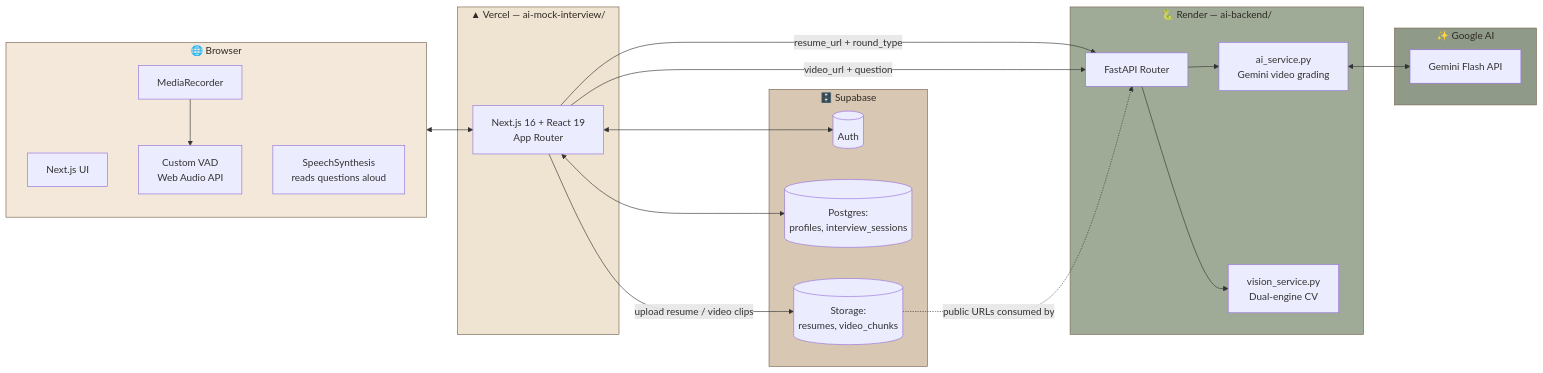
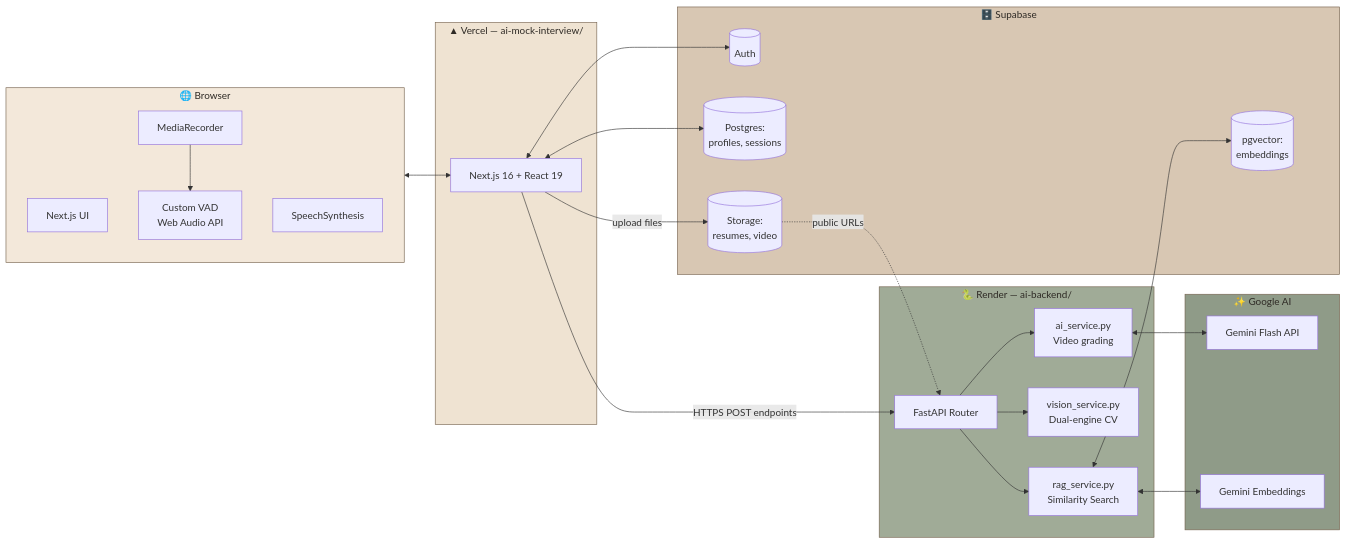
The first of 3 diagrams in README.md (aryanassit/MOCKSTAR), drawn with Mermaid before and after one commit. The commit also changed other lines of this file, not shown here.

First line of the commit message:
Enhance README with RAG Chat Bot

````diff
--- a/README.md
+++ b/README.md
@@ -83,48 +85,53 @@
 ```mermaid
 flowchart LR
     subgraph Client["🌐 Browser"]
         direction TB
         UI[Next.js UI]
         MR[MediaRecorder]
         VAD[Custom VAD<br/>Web Audio API]
-        TTS[SpeechSynthesis<br/>reads questions aloud]
+        TTS[SpeechSynthesis]
     end
 
     subgraph Vercel["▲ Vercel — ai-mock-interview/"]
-        FE[Next.js 16 + React 19<br/>App Router]
+        FE[Next.js 16 + React 19]
     end
 
     subgraph Supabase["🗄️ Supabase"]
         Auth[(Auth)]
-        DB[(Postgres:<br/>profiles, interview_sessions)]
-        Storage[(Storage:<br/>resumes, video_chunks)]
+        DB[(Postgres:<br/>profiles, sessions)]
+        VectorDB[(pgvector:<br/>embeddings)]
+        Storage[(Storage:<br/>resumes, video)]
     end
 
     subgraph Render["🐍 Render — ai-backend/"]
         API[FastAPI Router]
-        AIS["ai_service.py<br/>Gemini video grading"]
+        AIS["ai_service.py<br/>Video grading"]
         VIS["vision_service.py<br/>Dual-engine CV"]
+        RAG["rag_service.py<br/>Similarity Search"]
     end
 
     subgraph Google["✨ Google AI"]
         Gemini[Gemini Flash API]
+        Embed[Gemini Embeddings]
     end
 
     UI <--> FE
     MR --> VAD
     FE <--> Auth
     FE <--> DB
-    FE -- "upload resume / video clips" --> Storage
-    FE -- "resume_url + round_type" --> API
-    FE -- "video_url + question" --> API
+    FE -- "upload files" --> Storage
+    FE -- "HTTPS POST endpoints" --> API
     API --> AIS
     API --> VIS
+    API --> RAG
     AIS <--> Gemini
-    Storage -. "public URLs consumed by" .-> API
+    RAG <--> Embed
+    RAG <--> VectorDB
+    Storage -. "public URLs" .-> API
 
     style Client fill:#F3E8DA,stroke:#75624E,color:#2E2A25
     style Vercel fill:#EFE3D2,stroke:#75624E,color:#2E2A25
     style Supabase fill:#D8C7B3,stroke:#75624E,color:#2E2A25
     style Render fill:#A0AB97,stroke:#75624E,color:#2E2A25
     style Google fill:#8F9B88,stroke:#75624E,color:#2E2A25
 ```
````
